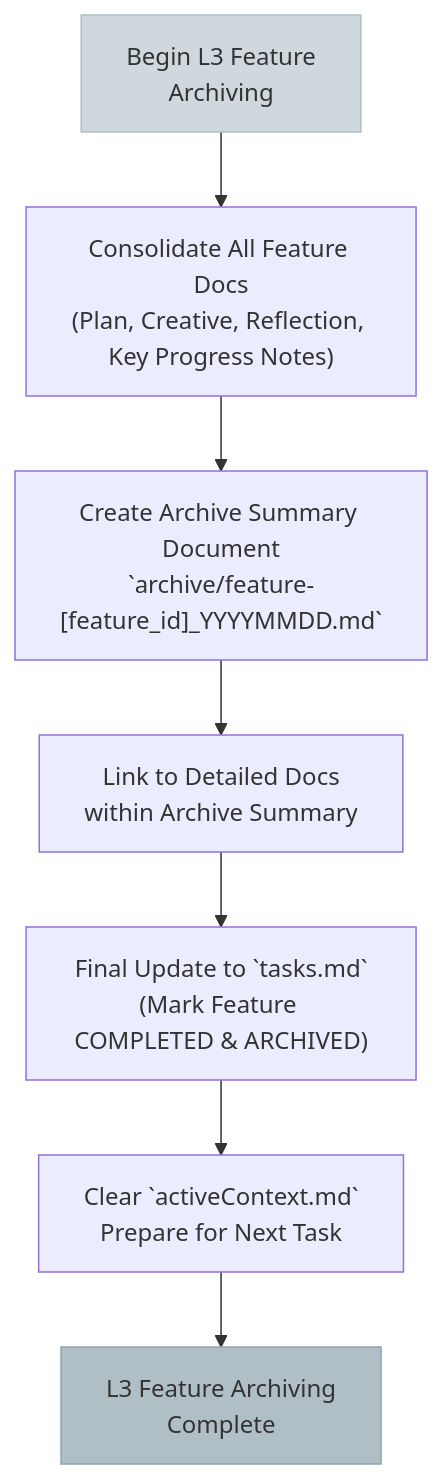
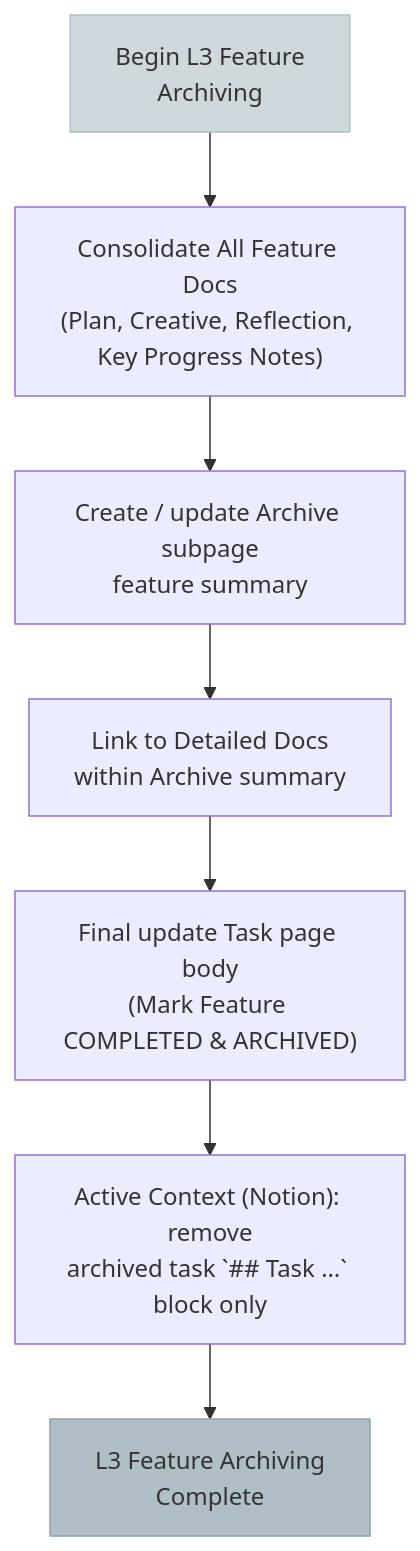
The eighth of 8 diagrams in .cursor/rules/isolation_rules/Level3/workflow-level3.mdc (xianzhu21/cursor-memory-notion), drawn with Mermaid before and after one commit. The commit also changed other lines of this file and 37 other files, not shown here.

````diff
--- a/.cursor/rules/isolation_rules/Level3/workflow-level3.mdc
+++ b/.cursor/rules/isolation_rules/Level3/workflow-level3.mdc
@@ -280,12 +284,12 @@
 ```mermaid
 graph TD
     StartArchive["Begin L3 Feature<br>Archiving"] --> ConsolidateDocs["Consolidate All Feature Docs<br>(Plan, Creative, Reflection, Key Progress Notes)"]
-    ConsolidateDocs --> CreateArchiveSummary["Create Archive Summary Document<br>`archive/feature-[feature_id]_YYYYMMDD.md`"]
-    CreateArchiveSummary --> LinkDocs["Link to Detailed Docs<br>within Archive Summary"]
-    LinkDocs --> FinalUpdateTasks["Final Update to `tasks.md`<br>(Mark Feature COMPLETED & ARCHIVED)"]
-    FinalUpdateTasks --> ResetActiveCtx["Clear `activeContext.md`<br>Prepare for Next Task"]
+    ConsolidateDocs --> CreateArchiveSummary["Create / update Archive subpage<br>feature summary"]
+    CreateArchiveSummary --> LinkDocs["Link to Detailed Docs<br>within Archive summary"]
+    LinkDocs --> FinalUpdateTasks["Final update Task page body<br>(Mark Feature COMPLETED & ARCHIVED)"]
+    FinalUpdateTasks --> ResetActiveCtx["Active Context (Notion): remove<br>archived task `## Task …` block only"]
     ResetActiveCtx --> ArchiveComplete["L3 Feature Archiving<br>Complete"]
 
     style StartArchive fill:#cfd8dc,stroke:#b0bec5
     style ArchiveComplete fill:#b0bec5,stroke:#90a4ae
 ```
````
